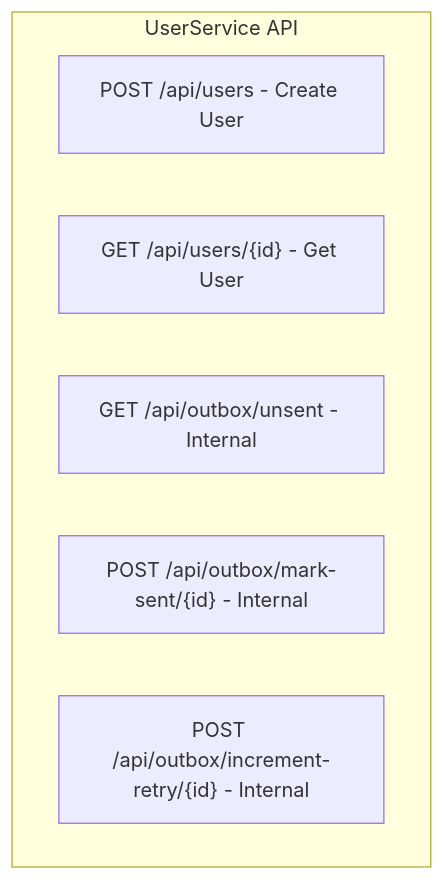
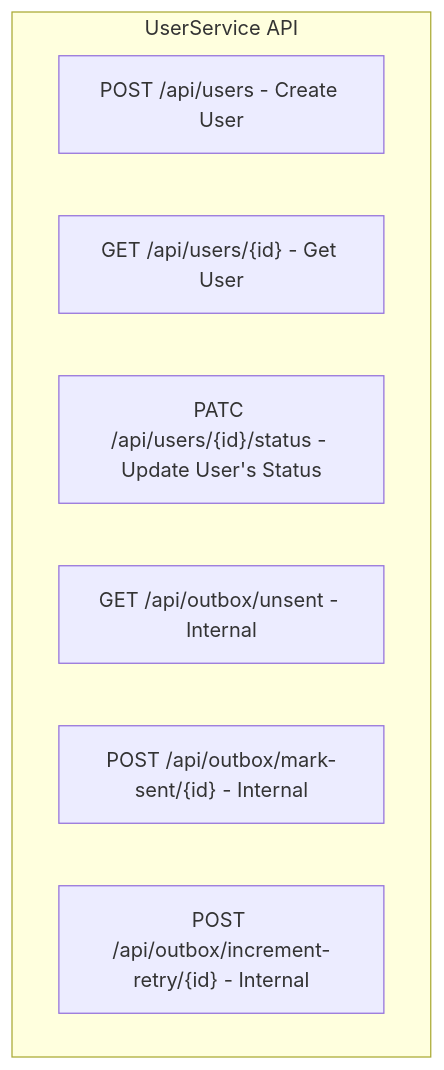
The third of 4 diagrams in README.md (sumonnwe/microservice-ecommerce), drawn with Mermaid before and after one commit. The commit also changed other lines of this file, not shown here.

First line of the commit message:
Refine service details and API endpoint descriptions

````diff
--- a/README.md
+++ b/README.md
@@ -167,10 +172,11 @@
 ```mermaid
 flowchart TB
   subgraph "UserService API"
     U1["POST /api/users - Create User"]
-    U2["GET /api/users/{id} - Get User"]
+    U2["GET /api/users/{id} - Get User"] 
+    U3["PATC /api/users/{id}/status - Update User's Status"]
     O1["GET /api/outbox/unsent - Internal"]
     O2["POST /api/outbox/mark-sent/{id} - Internal"]
     O3["POST /api/outbox/increment-retry/{id} - Internal"]
   end
 ```
````
